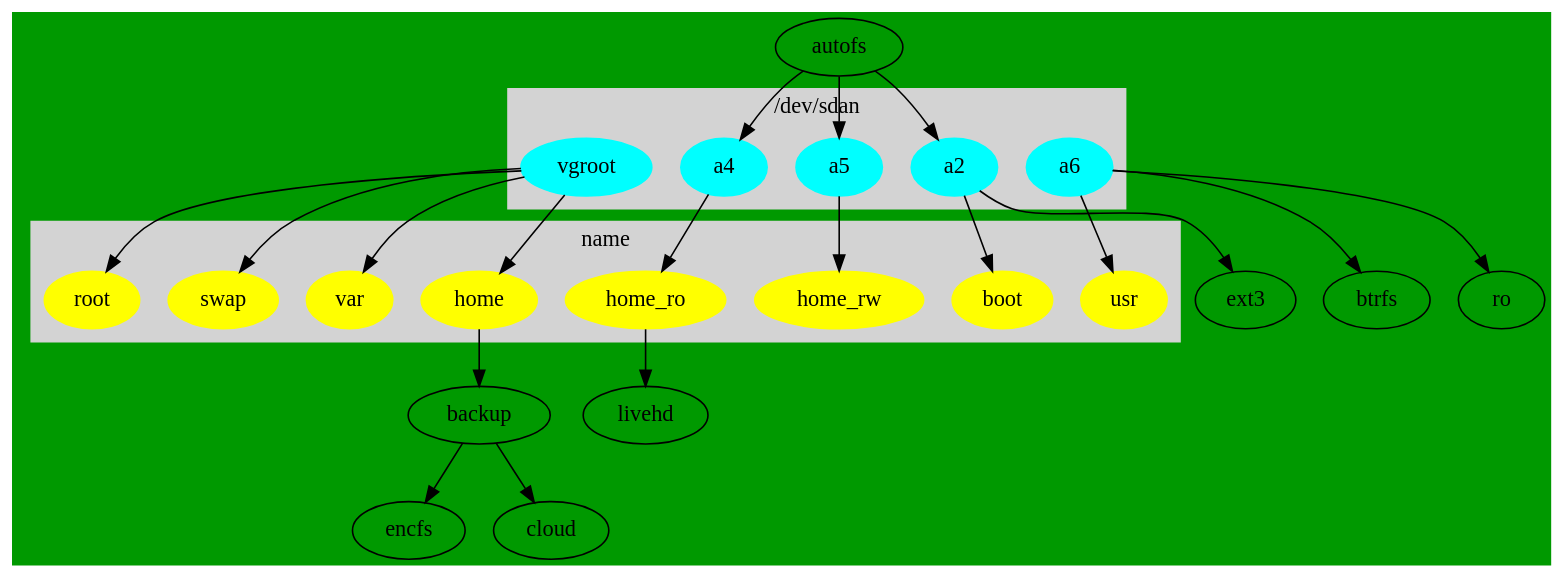
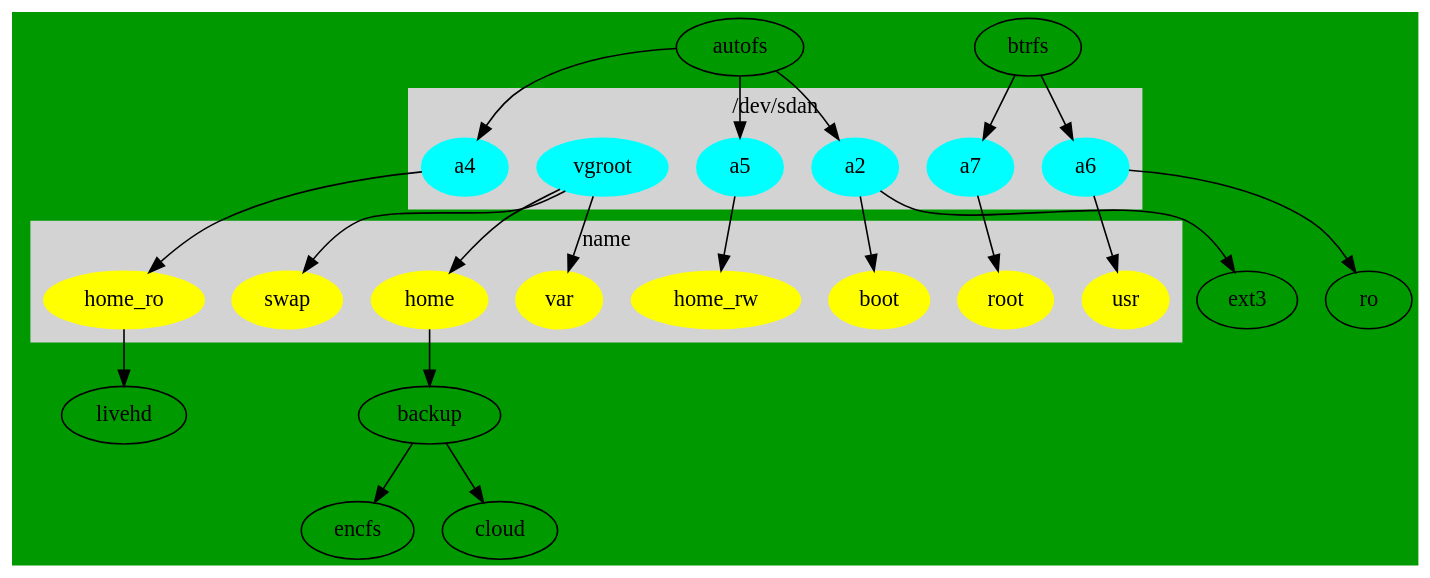
One commit to cdede/dotfiles changed the diagram in dot/.config/dupl/parted.dot. Above: the diagram before and after it, drawn with Graphviz.

Commit message:
small root change to btrfs

```diff
--- a/dot/.config/dupl/parted.dot
+++ b/dot/.config/dupl/parted.dot
@@ -1,51 +1,53 @@
 // dot -Tpng  parted.dot -o line1.png
 //  default ext4
 digraph G {
   bgcolor ="#009900";
 
 	subgraph cluster_0 {
 		style=filled;
 		color=lightgrey;
 		node [style=filled,color=cyan];
 		a2 ;
                 vgroot;
                 a4;
                 a5;
                 a6;
+                a7;
 		label = "/dev/sdan";
 	}
 
 	subgraph cluster_2 {
 		style=filled;
 		color=lightgrey;
 		node [style=filled,color=yellow];
 		boot;
 		root ;
                 usr;
                 var;
 		swap;
 		home;
                 home_ro;
                 home_rw;
 		label = "name";
 	}
 
 	a2 -> boot;
 	a2 -> ext3;
 	autofs->a2;
 	autofs->a4;
 	autofs->a5;
+        btrfs ->a6;
+        btrfs ->a7;
         vgroot -> swap ;
-        vgroot -> root ;
         vgroot -> var ;
         vgroot -> home;
         home->backup;
         a4 ->home_ro;
         home_ro->livehd;
         a5 ->home_rw;
         a6 -> usr ;
-        a6 ->btrfs;
         a6 ->ro;
+        a7 -> root ;
         backup -> encfs;
         backup -> cloud;
 }
```
